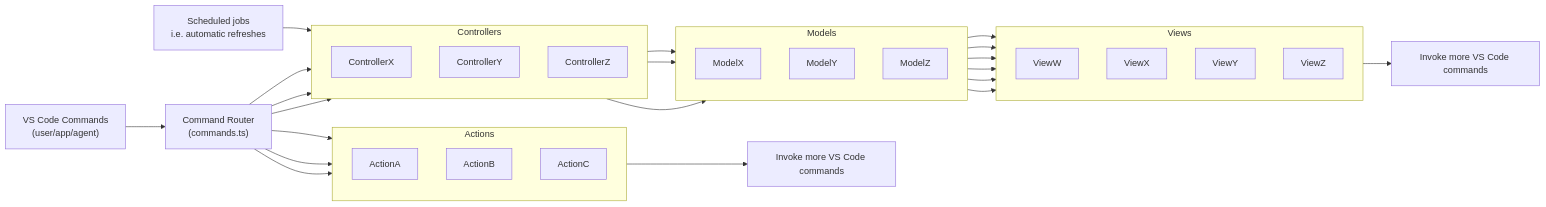
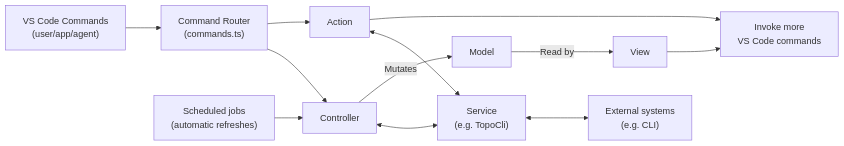
The diagram in docs/architecture.md (arm/vscode-topo), drawn with Mermaid before and after one commit. The commit also changed other lines of this file, not shown here.

Commit message:
simplify architecture.md

````diff
--- a/docs/architecture.md
+++ b/docs/architecture.md
@@ -9,57 +9,18 @@
 ```mermaid
 flowchart LR
     vscode["VS Code Commands<br/>(user/app/agent)"] --> router["Command Router<br/>(commands.ts)"]
+    scheduled["Scheduled jobs<br/>(automatic refreshes)"] --> controller
 
-    subgraph controllers["Controllers"]
-        direction TB
-        controllerX["ControllerX"]
-        controllerY["ControllerY"]
-        controllerZ["ControllerZ"]
-    end
+    router --> controller["Controller"]
+    router --> action["Action"]
 
-    subgraph actions["Actions"]
-        direction TB
-        actionA["ActionA"]
-        actionB["ActionB"]
-        actionC["ActionC"]
-    end
+    controller <--> service["Service<br/>(e.g. TopoCli)"]
+    action <--> service
+    service <--> outsideWorld["External systems<br/>(e.g. CLI)"]
 
-    subgraph models["Models"]
-        direction TB
-        modelX["ModelX"]
-        modelY["ModelY"]
-        modelZ["ModelZ"]
-    end
+    controller -->|Mutates| model["Model"]
+    model -->|Read by| view["View"]
 
-    subgraph views["Views"]
-        direction TB
-        viewW["ViewW"]
-        viewX["ViewX"]
-        viewY["ViewY"]
-        viewZ["ViewZ"]
-    end
-
-    scheduled["Scheduled jobs<br/>i.e. automatic refreshes"] --> controllerX
-
-    router --> controllerX
-    router --> controllerY
-    router --> controllerZ
-
-    router --> actionA
-    router --> actionB
-    router --> actionC
-
-    controllerX --> modelX
-    controllerY --> modelY
-    controllerZ --> modelZ
-
-    modelX --> viewW
-    modelX --> viewX
-    modelY --> viewX
-    modelY --> viewY
-    modelZ --> viewY
-    modelZ --> viewZ
-
-    actionB --> fireVscode1["Invoke more VS Code commands"]
-    viewY --> fireVscode2["Invoke more VS Code commands"]
+    action --> command["Invoke more<br/>VS Code commands"]
+    view --> command
 ```
````
